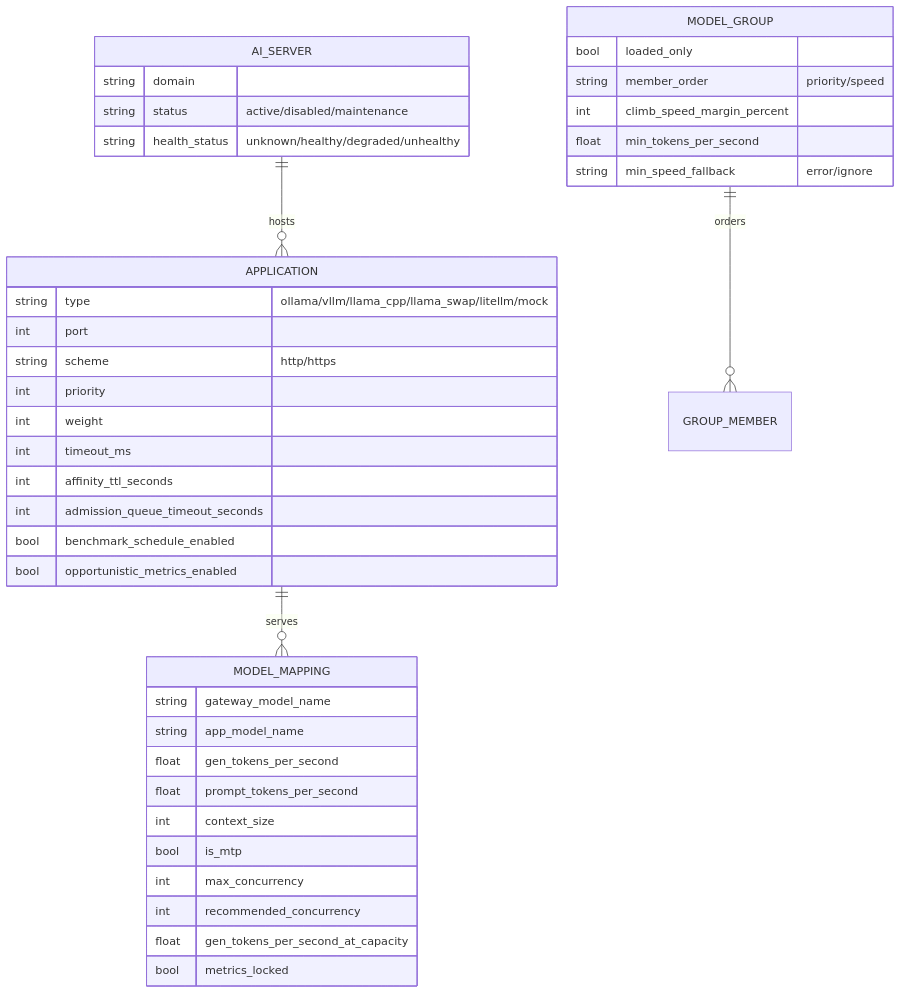
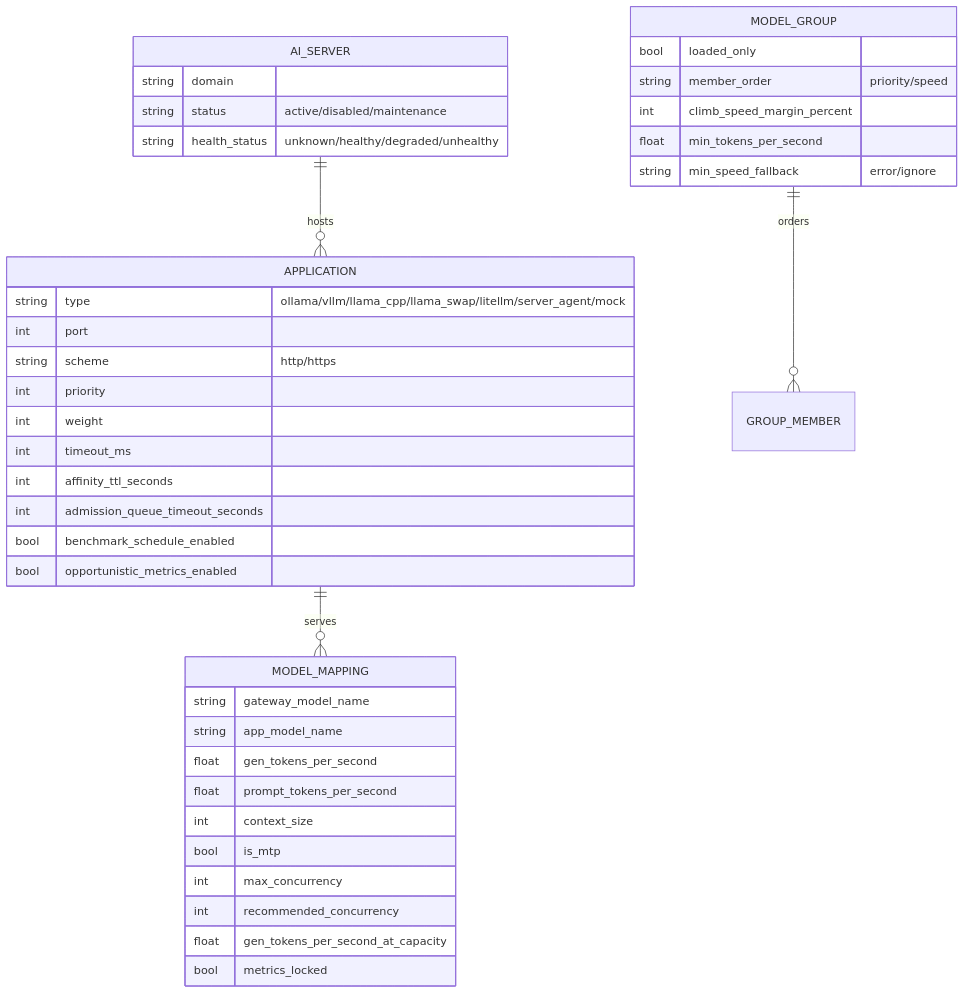
One commit to JLor08/op-ai-gateway changed the first of 5 diagrams in docs/architecture/cross-cutting/routing-and-model-selection.md. Above: the diagram before and after it, drawn with Mermaid. The commit also changed other lines of this file and 185 other files, not shown here.

````diff
--- a/docs/architecture/cross-cutting/routing-and-model-selection.md
+++ b/docs/architecture/cross-cutting/routing-and-model-selection.md
@@ -13,43 +13,43 @@
 ```mermaid
 erDiagram
     AI_SERVER ||--o{ APPLICATION : hosts
     APPLICATION ||--o{ MODEL_MAPPING : serves
     MODEL_GROUP ||--o{ GROUP_MEMBER : orders
 
     AI_SERVER {
         string domain
         string status "active/disabled/maintenance"
         string health_status "unknown/healthy/degraded/unhealthy"
     }
     APPLICATION {
-        string type "ollama/vllm/llama_cpp/llama_swap/litellm/mock"
+        string type "ollama/vllm/llama_cpp/llama_swap/litellm/server_agent/mock"
         int port
         string scheme "http/https"
         int priority
         int weight
         int timeout_ms
         int affinity_ttl_seconds
         int admission_queue_timeout_seconds
         bool benchmark_schedule_enabled
         bool opportunistic_metrics_enabled
     }
     MODEL_MAPPING {
         string gateway_model_name
         string app_model_name
         float gen_tokens_per_second
         float prompt_tokens_per_second
         int context_size
         bool is_mtp
         int max_concurrency
         int recommended_concurrency
         float gen_tokens_per_second_at_capacity
         bool metrics_locked
     }
     MODEL_GROUP {
         bool loaded_only
         string member_order "priority/speed"
         int climb_speed_margin_percent
         float min_tokens_per_second
         string min_speed_fallback "error/ignore"
     }
 ```
````
